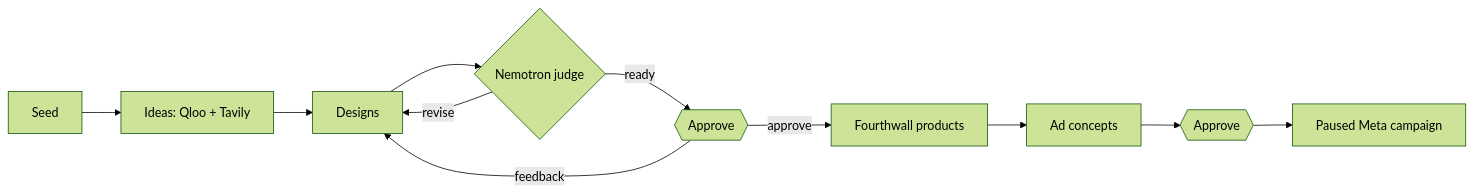
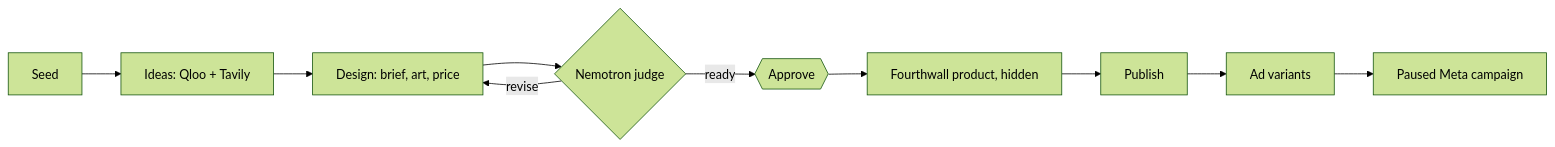
One commit to sami-m-g/wovain changed the diagram in docs/prd.md. Above: the diagram before and after it, drawn with Mermaid (forest theme). The commit also changed other lines of this file and 40 other files, not shown here.

````diff
--- a/docs/prd.md
+++ b/docs/prd.md
@@ -24,13 +25,12 @@
 ```mermaid
 flowchart LR
   A[Seed] --> B[Ideas: Qloo + Tavily]
-  B --> C[Designs]
+  B --> C[Design: brief, art, price]
   C --> D{Nemotron judge}
   D -- revise --> C
   D -- ready --> E{{Approve}}
-  E -- feedback --> C
-  E -- approve --> F[Fourthwall products]
-  F --> G[Ad concepts]
-  G --> H{{Approve}}
+  E --> F[Fourthwall product, hidden]
+  F --> G[Publish]
+  G --> H[Ad variants]
   H --> I[Paused Meta campaign]
 ```
````
